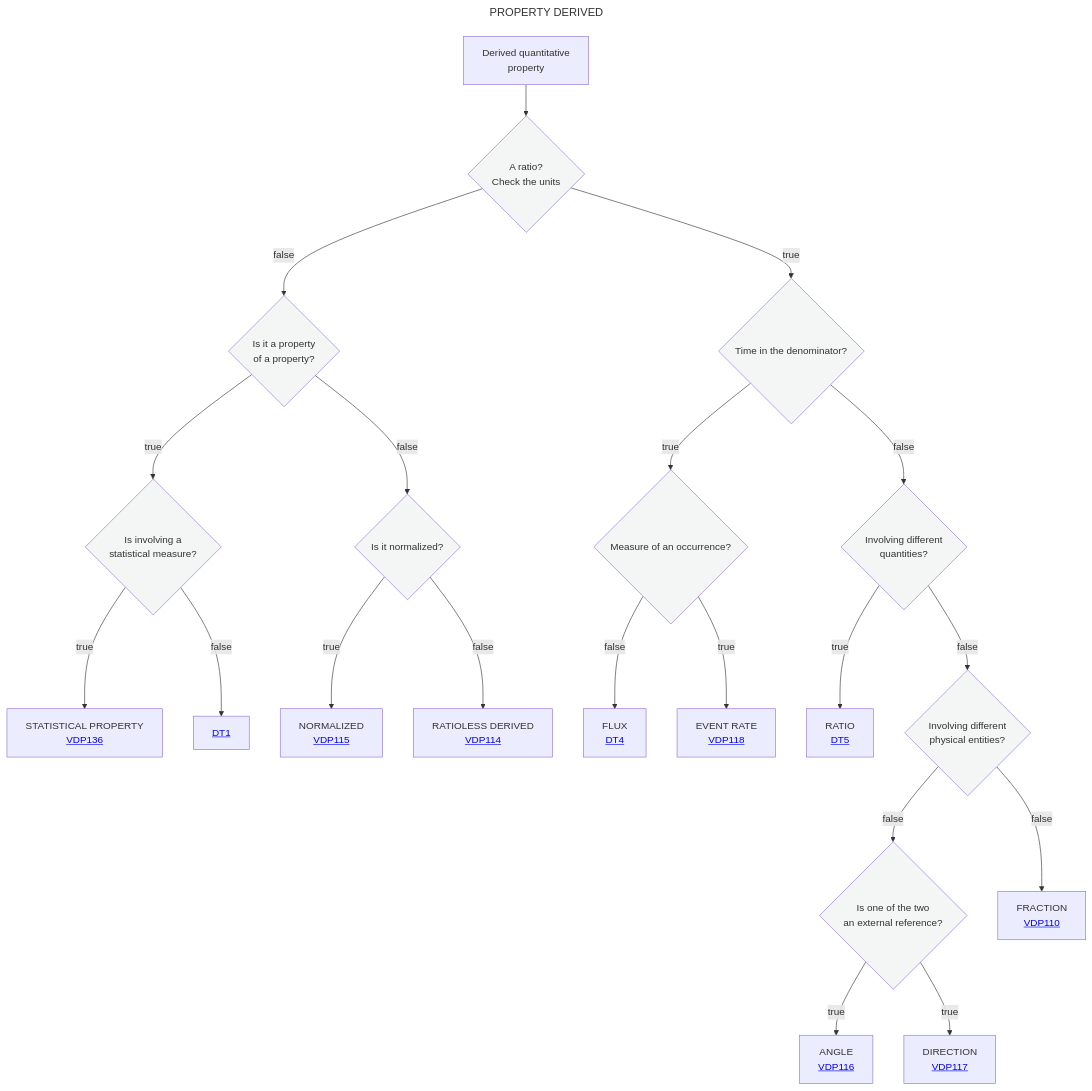
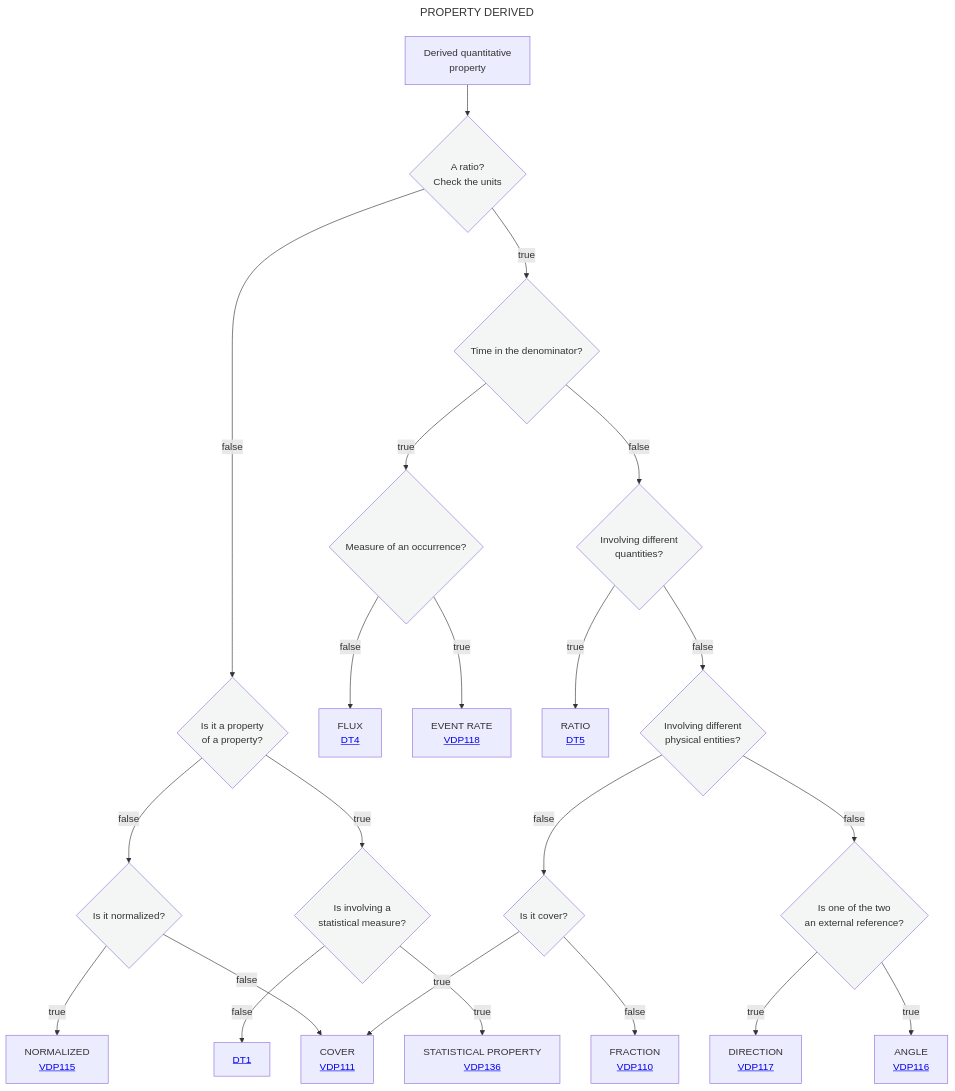
Before and after one commit to mabablue/I-ADOPT-patterns-playground: the diagram in Decisition_trees/DT3.mmd, drawn with Mermaid.

```diff
--- a/Decisition_trees/DT3.mmd
+++ b/Decisition_trees/DT3.mmd
@@ -1,27 +1,29 @@
 ---
 title: PROPERTY DERIVED
 ---
 flowchart TD
     A[Derived quantitative <br> property] --> B{A ratio?<br>Check the units}:::white
     B --> |true|N{Time in the denominator?}:::white
     B --> |false|C{Is it a property <br> of a property?}:::white
     C --> |true|D{Is involving a <br> statistical measure?}:::white
     D --> |true|G[STATISTICAL PROPERTY <br> <a href='https://github.com/mabablue/I-ADOPT-patterns-playground/blob/main/pattern/VDP136.yaml'>VDP136</a>]
     D --> |false|F[<a href='https://github.com/mabablue/I-ADOPT-patterns-playground/blob/main/Decisition_trees/DT2.mmd'>DT1</a>]
     C --> |false|I{Is it normalized?}:::white
     I --> |true|T[NORMALIZED <br> <a href='https://github.com/mabablue/I-ADOPT-patterns-playground/blob/main/pattern/VDP115.yaml'>VDP115</a>]
     I --> |false|U[RATIOLESS DERIVED <br> <a href='https://github.com/mabablue/I-ADOPT-patterns-playground/blob/main/pattern/VDP114.yaml'>VDP114</a>]
     N --> |true|E{Measure of an occurrence?}:::white
     E --> |false|K[FLUX <br> <a href='https://github.com/mabablue/I-ADOPT-patterns-playground/blob/main/Decisition_trees/DT4.mmd'> DT4</a>]
     E --> |true|J[EVENT RATE <br> <a href='https://github.com/mabablue/I-ADOPT-patterns-playground/blob/main/pattern/VDP118.yaml'>VDP118</a>]
     N --> |false|O{Involving different <br> quantities?}:::white
     O --> |true|P[RATIO <br> <a href='https://github.com/mabablue/I-ADOPT-patterns-playground/blob/main/Decisition_trees/DT5.mmd'> DT5</a>]
     O --> |false|Q{Involving different <br> physical entities?}:::white
     Q --> |false|R{Is one of the two <br> an external reference?}:::white
     R --> |true|L[ANGLE <br> <a href='https://github.com/mabablue/I-ADOPT-patterns-playground/blob/main/pattern/VDP116.yaml'>VDP116</a>]
     R --> |true|M[DIRECTION <br> <a href='https://github.com/mabablue/I-ADOPT-patterns-playground/blob/main/pattern/VDP117.yaml'>VDP117</a>]
-    Q --> |false|S[FRACTION <br> <a href='https://github.com/mabablue/I-ADOPT-patterns-playground/blob/main/pattern/VDP110.yaml'>VDP110</a>]
+    Q --> |false|S{Is it cover?}:::white
+    S --> |true|U[COVER <br> <a href='https://github.com/mabablue/I-ADOPT-patterns-playground/blob/main/pattern/VDP111.yaml'>VDP111</a>]
+    S --> |false|V[FRACTION <br> <a href='https://github.com/mabablue/I-ADOPT-patterns-playground/blob/main/pattern/VDP110.yaml'>VDP110</a>]
    classDef blue fill:#90D5FF
    classDef satblue fill:#57B9FF 
    classDef white fill:#f3f6f4
    classDef green fill:#6aa84f
```
